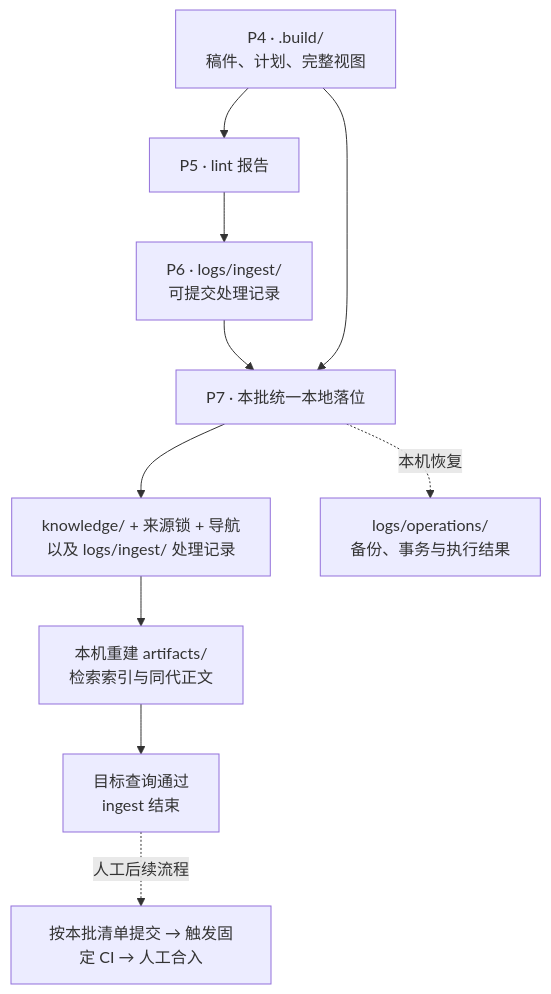
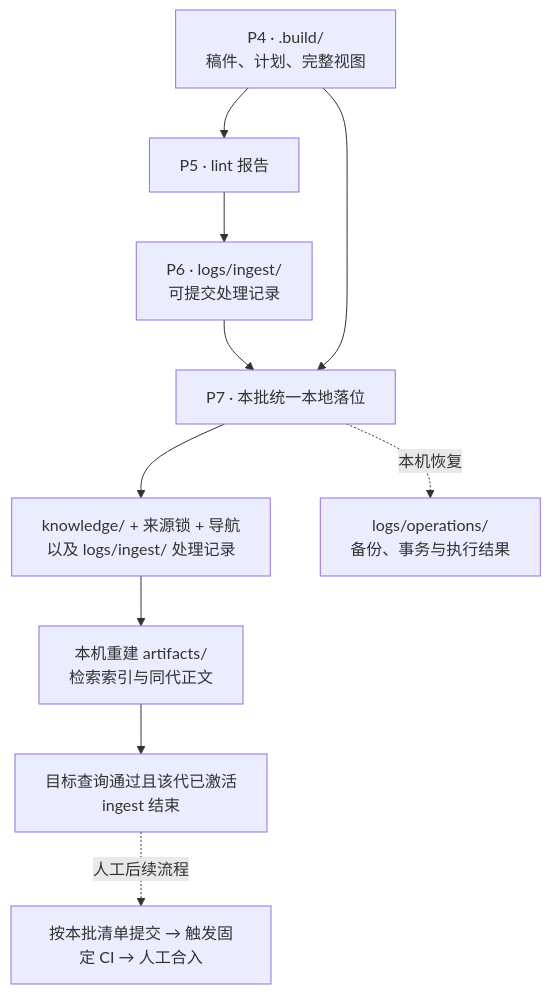
Before and after one commit to Robin-hhc/FactumCore: diagram 18 of 20 in aiotbot-knowledge-wifi-mp/docs-llm-wiki/知识库详细设计.md, drawn with Mermaid. The commit also changed other lines of this file and 115 other files, not shown here.

````diff
--- a/aiotbot-knowledge-wifi-mp/docs-llm-wiki/知识库详细设计.md
+++ b/aiotbot-knowledge-wifi-mp/docs-llm-wiki/知识库详细设计.md
@@ -786,12 +802,12 @@
 ```mermaid
 flowchart TD
     DRAFT["P4 · .build/<br/>稿件、计划、完整视图"] --> CHECK["P5 · lint 报告"]
     CHECK --> RECORD["P6 · logs/ingest/<br/>可提交处理记录"]
     RECORD --> APPLY["P7 · 本批统一本地落位"]
     DRAFT --> APPLY
     APPLY --> SHARED["knowledge/ + 来源锁 + 导航<br/>以及 logs/ingest/ 处理记录"]
     APPLY -. "本机恢复" .-> LOCAL["logs/operations/<br/>备份、事务与执行结果"]
     SHARED --> INDEX["本机重建 artifacts/<br/>检索索引与同代正文"]
-    INDEX --> DONE["目标查询通过<br/>ingest 结束"]
+    INDEX --> DONE["目标查询通过且该代已激活<br/>ingest 结束"]
     DONE -. "人工后续流程" .-> GIT["按本批清单提交 → 触发固定 CI → 人工合入"]
 ```
````
